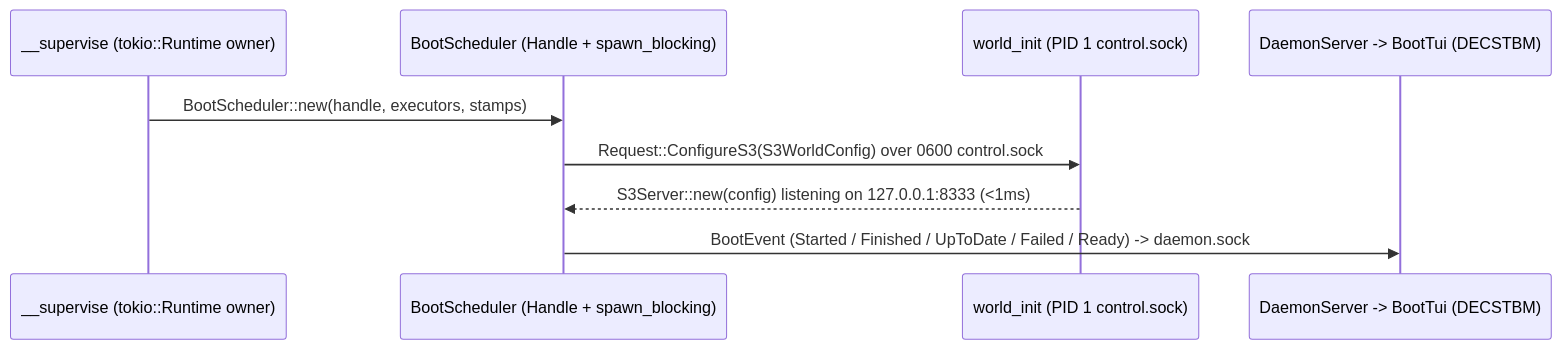
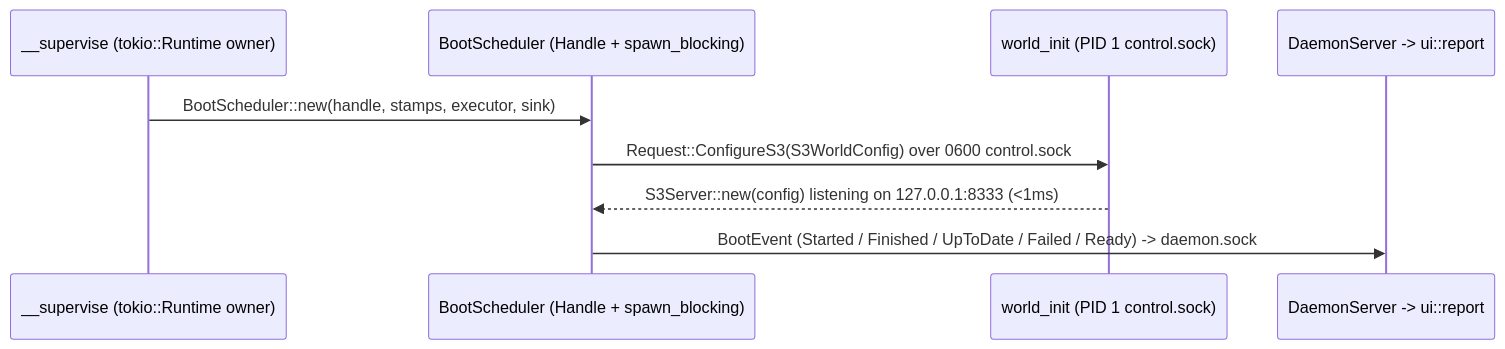
Before and after one commit to OffworldNexus/slipfork: the second of 3 diagrams in ARCHITECTURE.md, drawn with Mermaid. The commit also changed other lines of this file and 17 other files, not shown here.

Commit message:
[M3.191] Collapse doctor Storage row, stamp 0.1.1, align architecture/specs

````diff
--- a/ARCHITECTURE.md
+++ b/ARCHITECTURE.md
@@ -59,11 +59,11 @@
 ```mermaid
 sequenceDiagram
   participant Sup as __supervise (tokio::Runtime owner)
   participant Sched as BootScheduler (Handle + spawn_blocking)
   participant Init as world_init (PID 1 control.sock)
-  participant Daemon as DaemonServer -> BootTui (DECSTBM)
-  Sup->>Sched: BootScheduler::new(handle, executors, stamps)
+  participant Daemon as DaemonServer -> ui::report
+  Sup->>Sched: BootScheduler::new(handle, stamps, executor, sink)
   Sched->>Init: Request::ConfigureS3(S3WorldConfig) over 0600 control.sock
   Init-->>Sched: S3Server::new(config) listening on 127.0.0.1:8333 (<1ms)
   Sched->>Daemon: BootEvent (Started / Finished / UpToDate / Failed / Ready) -> daemon.sock
 ```
````
